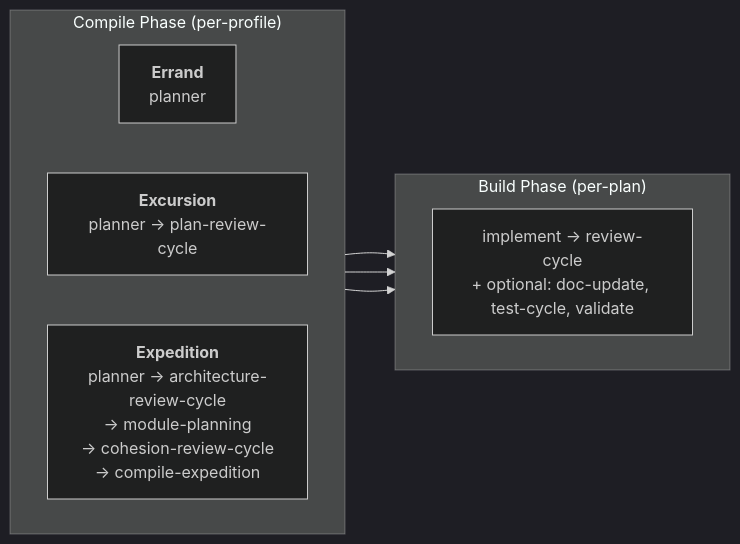
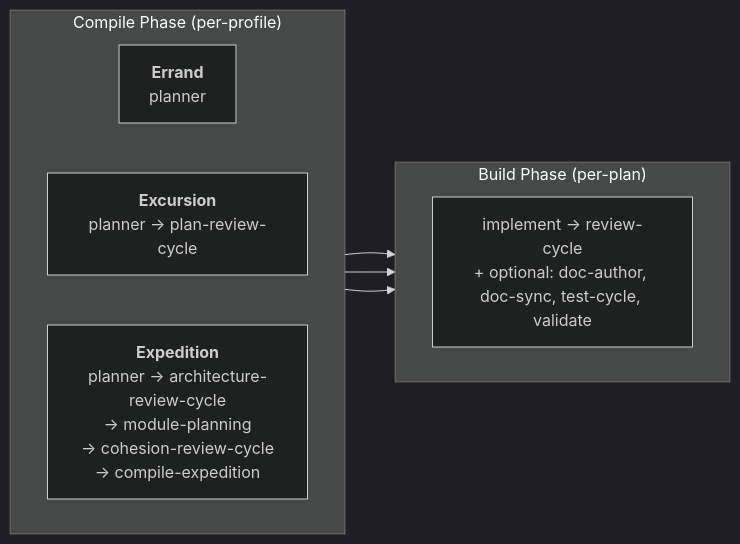
Before and after one commit to eforge-build/eforge: the second of 3 diagrams in docs/architecture.md, drawn with Mermaid (dark theme). The commit also changed other lines of this file and 32 other files, not shown here.

````diff
--- a/docs/architecture.md
+++ b/docs/architecture.md
@@ -103,18 +103,18 @@
 ```mermaid
 graph LR
     subgraph Compile ["Compile Phase (per-profile)"]
         direction LR
         E["<b>Errand</b><br/>planner"]
         X["<b>Excursion</b><br/>planner → plan-review-cycle"]
         XP["<b>Expedition</b><br/>planner → architecture-review-cycle<br/>→ module-planning<br/>→ cohesion-review-cycle<br/>→ compile-expedition"]
     end
 
     subgraph Build ["Build Phase (per-plan)"]
         direction LR
-        B["implement → review-cycle<br/>+ optional: doc-update, test-cycle, validate"]
+        B["implement → review-cycle<br/>+ optional: doc-author, doc-sync, test-cycle, validate"]
     end
 
     E --> B
     X --> B
     XP --> B
 ```
````
